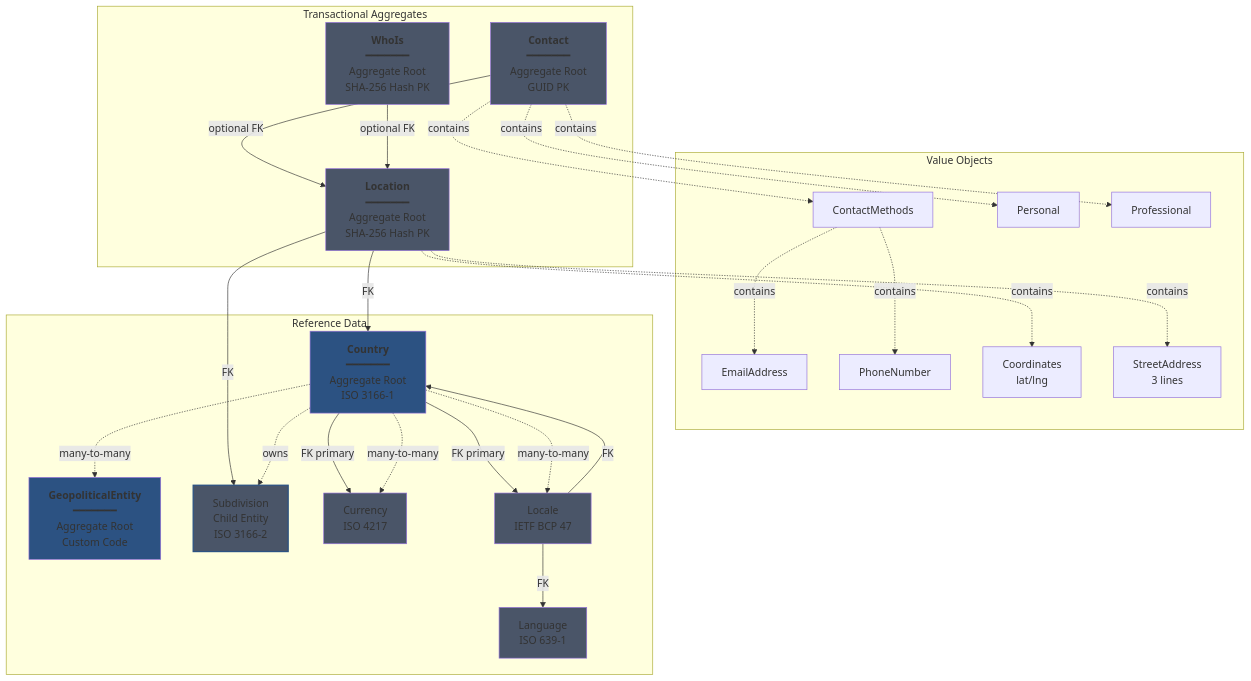
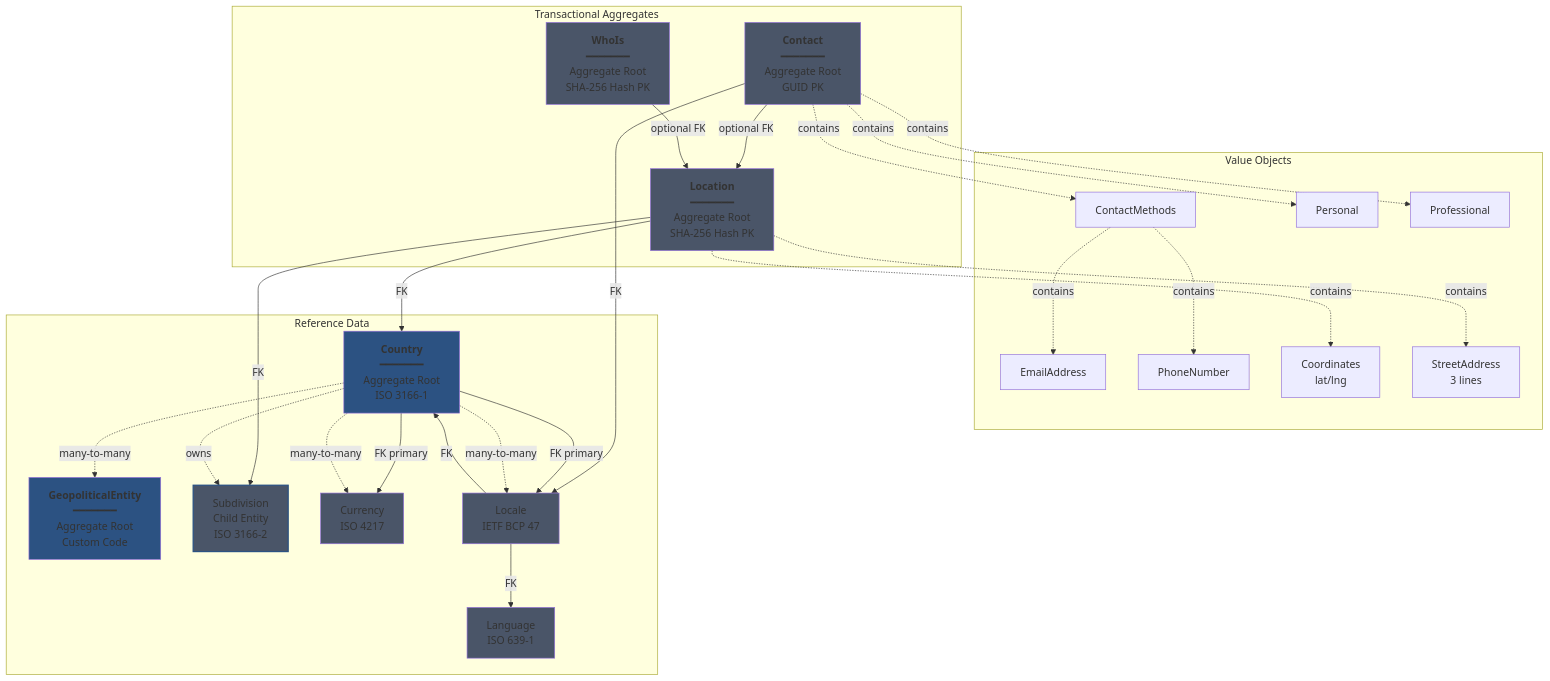
One commit to DCSV-io/D2-WORX changed the diagram in backends/dotnet/services/Geo/GEO_SERVICE.md. Above: the diagram before and after it, drawn with Mermaid. The commit also changed other lines of this file and 406 other files, not shown here.

````diff
--- a/backends/dotnet/services/Geo/GEO_SERVICE.md
+++ b/backends/dotnet/services/Geo/GEO_SERVICE.md
@@ -89,68 +89,69 @@
 ```mermaid
 graph TB
     subgraph Transactional["Transactional Aggregates"]
         Contact["<b>Contact</b><br/>━━━━━━━<br/>Aggregate Root<br/>GUID PK"]
         WhoIs["<b>WhoIs</b><br/>━━━━━━━<br/>Aggregate Root<br/>SHA-256 Hash PK"]
         Location["<b>Location</b><br/>━━━━━━━<br/>Aggregate Root<br/>SHA-256 Hash PK"]
     end
 
     subgraph ValueObjects["Value Objects"]
         ContactMethods[ContactMethods]
         EmailAddress[EmailAddress]
         PhoneNumber[PhoneNumber]
         Personal[Personal]
         Professional[Professional]
         Coordinates[Coordinates<br/>lat/lng]
         StreetAddress[StreetAddress<br/>3 lines]
     end
 
     subgraph RefData["Reference Data"]
         Country["<b>Country</b><br/>━━━━━━━<br/>Aggregate Root<br/>ISO 3166-1"]
         GeoPol["<b>GeopoliticalEntity</b><br/>━━━━━━━<br/>Aggregate Root<br/>Custom Code"]
         Subdivision[Subdivision<br/>Child Entity<br/>ISO 3166-2]
         Currency[Currency<br/>ISO 4217]
         Language[Language<br/>ISO 639-1]
         Locale[Locale<br/>IETF BCP 47]
     end
 
 %% Contact relationships
     Contact -->|optional FK| Location
+    Contact -->|FK| Locale
     Contact -.->|contains| ContactMethods
     Contact -.->|contains| Personal
     Contact -.->|contains| Professional
 
 %% ContactMethods breakdown
     ContactMethods -.->|contains| EmailAddress
     ContactMethods -.->|contains| PhoneNumber
 
 %% WhoIs relationships
     WhoIs -->|optional FK| Location
 
 %% Location relationships
     Location -->|FK| Country
     Location -->|FK| Subdivision
     Location -.->|contains| Coordinates
     Location -.->|contains| StreetAddress
 
 %% Country aggregate relationships
     Country -.->|owns| Subdivision
     Country -->|FK primary| Currency
     Country -->|FK primary| Locale
     Country -.->|many-to-many| Currency
     Country -.->|many-to-many| Locale
     Country -.->|many-to-many| GeoPol
 
 %% Reference data relationships
     Locale -->|FK| Language
     Locale -->|FK| Country
 
     style Contact fill:#4a5568
     style WhoIs fill:#4a5568
     style Location fill:#4a5568
     style Country fill:#2c5282
     style GeoPol fill:#2c5282
     style Subdivision fill:#4a5568,stroke:#2c5282,stroke-width:2px
     style Currency fill:#4a5568
     style Language fill:#4a5568
     style Locale fill:#4a5568
 ```
````
